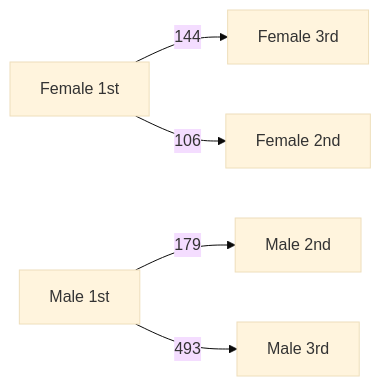
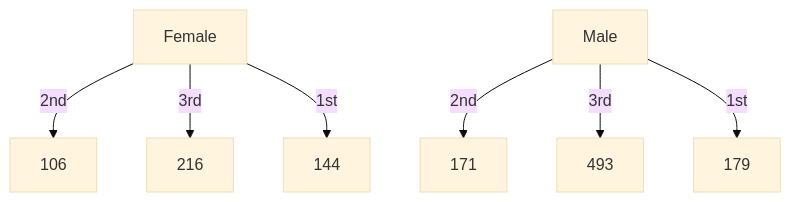
One commit to antononcube/Raku-LLM-Functions changed the third of 7 diagrams in docs/Workflows-with-LLM-functions_woven.md. Above: the diagram before and after it, drawn with Mermaid (base theme). The commit also changed other lines of this file, not shown here.

````diff
--- a/docs/Workflows-with-LLM-functions_woven.md
+++ b/docs/Workflows-with-LLM-functions_woven.md
@@ -513,8 +552,9 @@
 ```mermaid
-graph LR
-
-Female1[Female 1st] -->|144| Female3[Female 3rd]
-Female1 -->|106| Female2[Female 2nd]
-Male1[Male 1st] -->|179| Male2[Male 2nd]
-Male1 -->|493| Male3[Male 3rd]
+graph TD
+  female["Female"]-- "2nd"-->female2nd[106]
+  female-- "3rd"-->female3rd[216]
+  female-- "1st"-->female1st[144] 
+  male["Male"]-- "2nd"-->male2nd[171]
+  male-- "3rd"-->male3rd[493]
+  male-- "1st"-->male1st[179]
 ```
````
